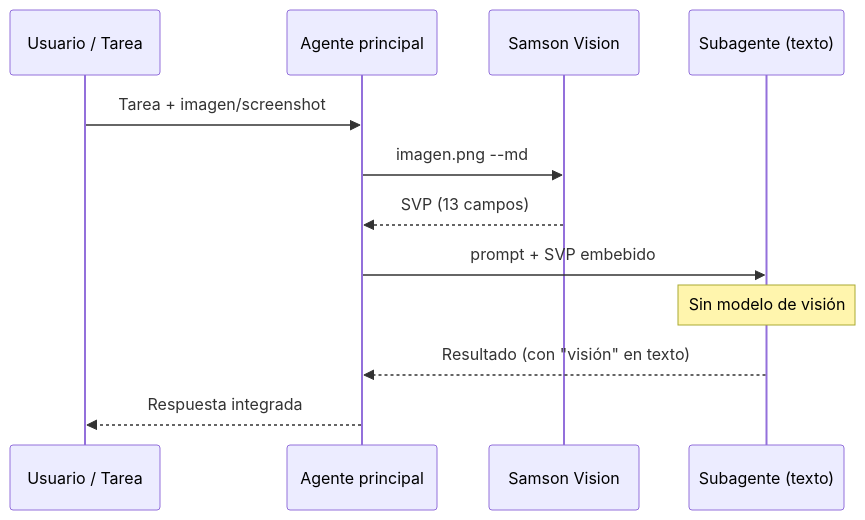
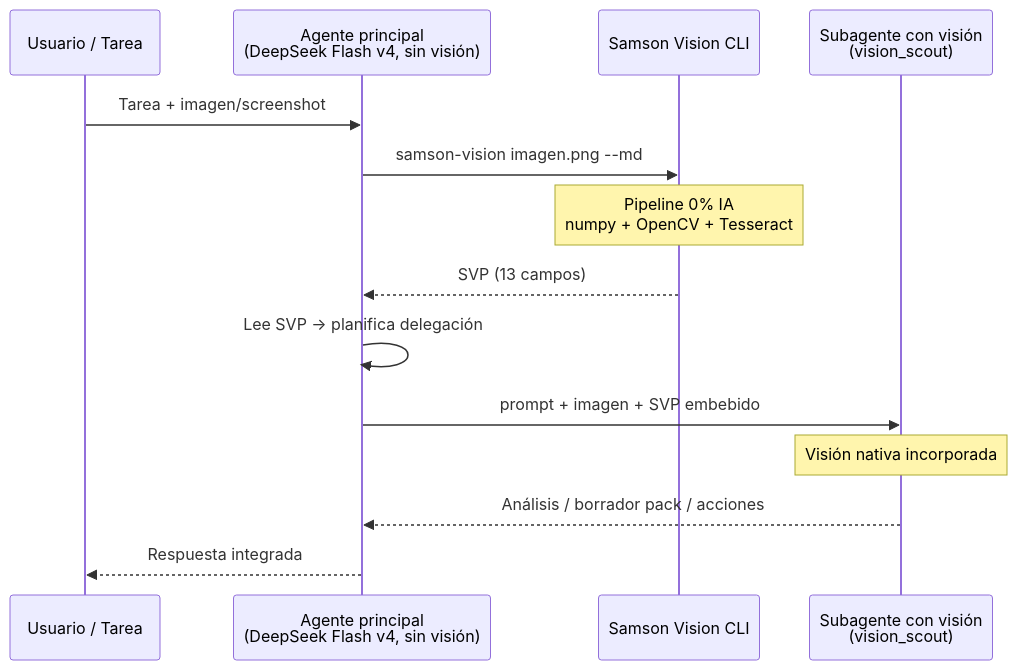
Before and after one commit to TonyRiera/samson-vision: the diagram in README.md, drawn with Mermaid. The commit also changed other lines of this file and 6 other files, not shown here.

Commit message:
docs: DeepSeek Flash v4 naming in PUBLIC docs

````diff
--- a/README.md
+++ b/README.md
@@ -52,15 +66,17 @@
 ```mermaid
 sequenceDiagram
     participant U as Usuario / Tarea
-    participant M as Agente principal
-    participant SV as Samson Vision
-    participant S as Subagente (texto)
+    participant M as Agente principal<br/>(DeepSeek Flash v4, sin visión)
+    participant SV as Samson Vision CLI
+    participant V as Subagente con visión<br/>(vision_scout)
 
     U->>M: Tarea + imagen/screenshot
-    M->>SV: imagen.png --md
+    M->>SV: samson-vision imagen.png --md
+    Note over SV: Pipeline 0% IA<br/>numpy + OpenCV + Tesseract
     SV-->>M: SVP (13 campos)
-    M->>S: prompt + SVP embebido
-    Note over S: Sin modelo de visión
-    S-->>M: Resultado (con "visión" en texto)
+    M->>M: Lee SVP → planifica delegación
+    M->>V: prompt + imagen + SVP embebido
+    Note over V: Visión nativa incorporada
+    V-->>M: Análisis / borrador pack / acciones
     M-->>U: Respuesta integrada
 ```
````
